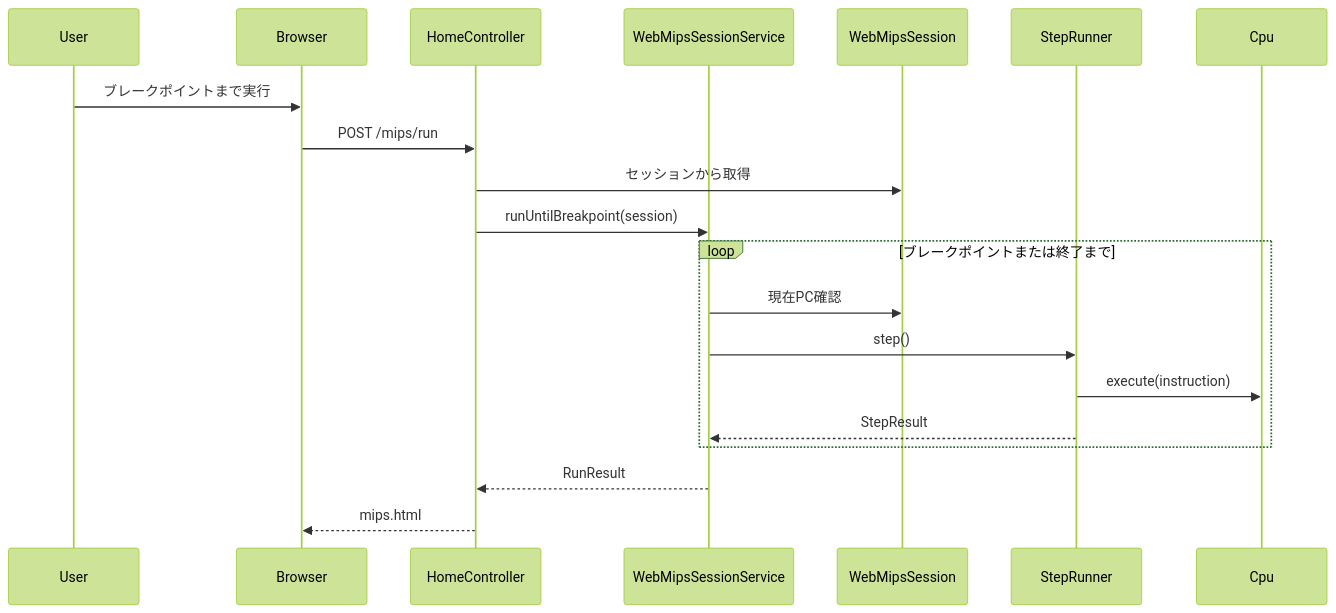
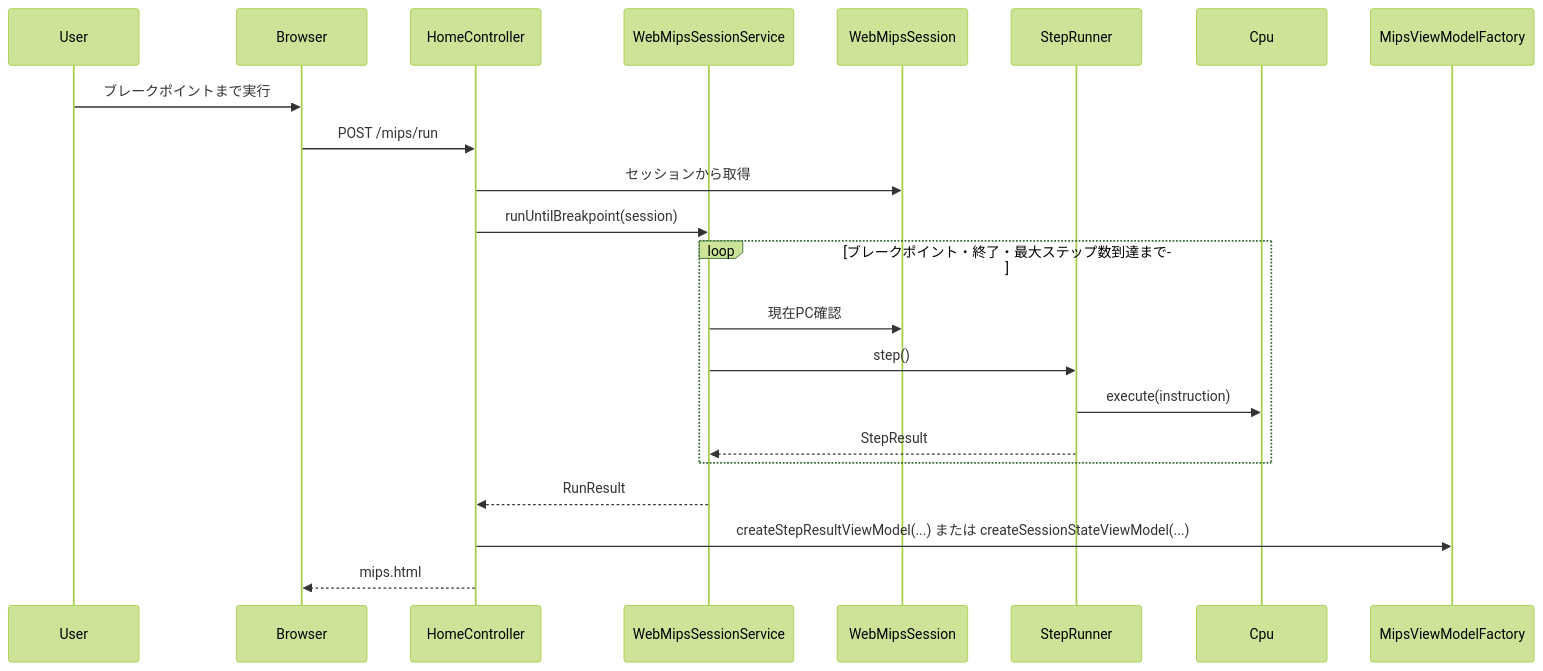
One commit to mkunori/MipsStepLab changed the fourth of 4 diagrams in README.md. Above: the diagram before and after it, drawn with Mermaid (forest theme). The commit also changed other lines of this file, not shown here.

````diff
--- a/README.md
+++ b/README.md
@@ -298,26 +349,28 @@
 ```mermaid
 sequenceDiagram
 
 participant User
 participant Browser
 participant HomeController
 participant WebMipsSessionService
 participant WebMipsSession
 participant StepRunner
 participant Cpu
+participant MipsViewModelFactory
 
 User ->> Browser : ブレークポイントまで実行
 Browser ->> HomeController : POST /mips/run
 HomeController ->> WebMipsSession : セッションから取得
 HomeController ->> WebMipsSessionService : runUntilBreakpoint(session)
 
-loop ブレークポイントまたは終了まで
+loop ブレークポイント・終了・最大ステップ数到達まで
     WebMipsSessionService ->> WebMipsSession : 現在PC確認
     WebMipsSessionService ->> StepRunner : step()
     StepRunner ->> Cpu : execute(instruction)
     StepRunner -->> WebMipsSessionService : StepResult
 end
 
 WebMipsSessionService -->> HomeController : RunResult
+HomeController ->> MipsViewModelFactory : createStepResultViewModel(...) または createSessionStateViewModel(...)
 HomeController -->> Browser : mips.html
 ```
````
